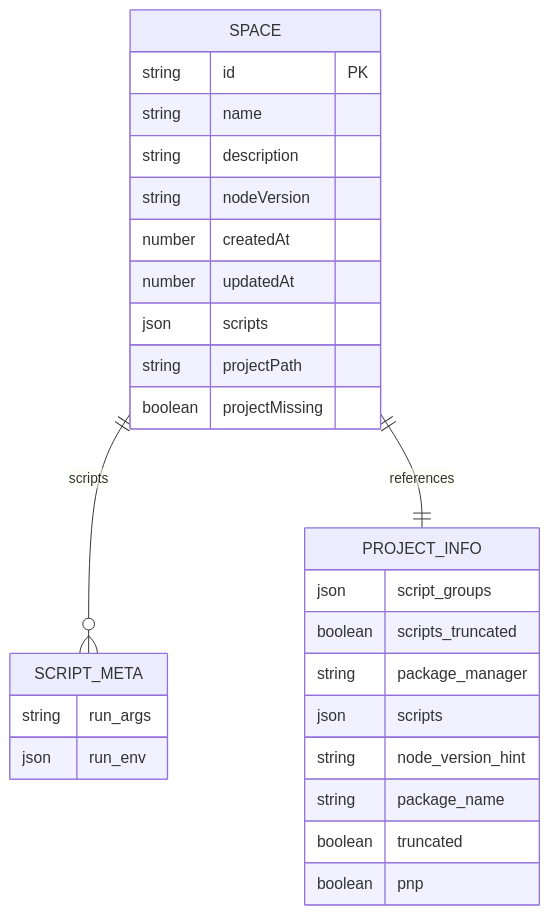
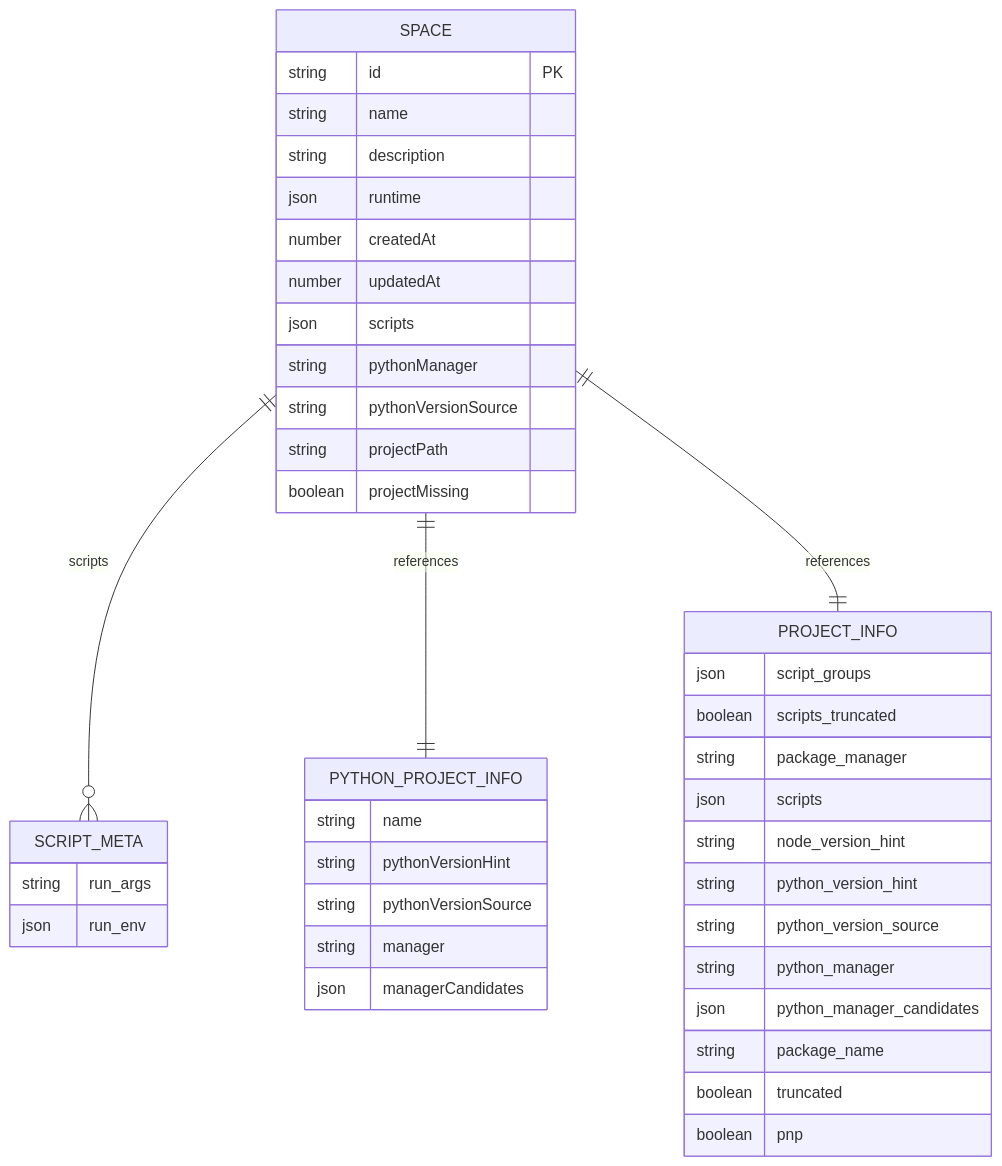
Before and after one commit to hozeeee/script-box: diagram 11 of 13 in .qoder/repowiki/zh/content/核心服务层/Space 服务（项目空间管理）.md, drawn with Mermaid. The commit also changed other lines of this file and 6 other files, not shown here.

First line of the commit message:
feat(runtime): 支持多运行时管理，新增 Python 运行时支持

````diff
--- a/.qoder/repowiki/zh/content/核心服务层/Space 服务（项目空间管理）.md
+++ b/.qoder/repowiki/zh/content/核心服务层/Space 服务（项目空间管理）.md
@@ -394,30 +519,44 @@
 ```mermaid
 erDiagram
 SPACE {
 string id PK
 string name
 string description
-string nodeVersion
+json runtime
 number createdAt
 number updatedAt
 json scripts
+string pythonManager
+string pythonVersionSource
 string projectPath
 boolean projectMissing
 }
 SCRIPT_META {
 string run_args
 json run_env
 }
+PYTHON_PROJECT_INFO {
+string name
+string pythonVersionHint
+string pythonVersionSource
+string manager
+json managerCandidates
+}
 PROJECT_INFO {
 json script_groups
 boolean scripts_truncated
 string package_manager
 json scripts
 string node_version_hint
+string python_version_hint
+string python_version_source
+string python_manager
+json python_manager_candidates
 string package_name
 boolean truncated
 boolean pnp
 }
 SPACE ||--o{ SCRIPT_META : "scripts"
+SPACE ||--|| PYTHON_PROJECT_INFO : "references"
 SPACE ||--|| PROJECT_INFO : "references"
 ```
````
